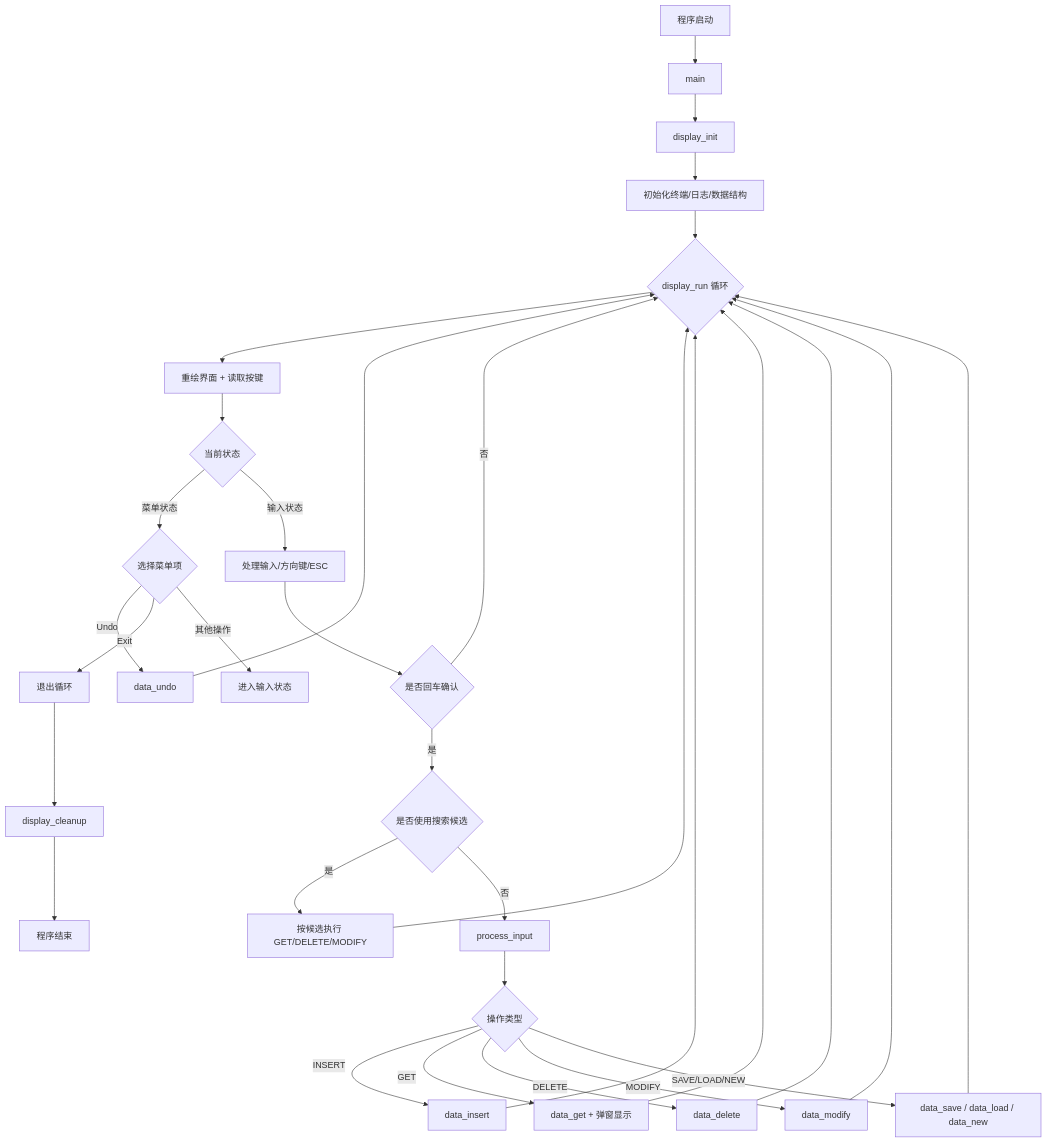
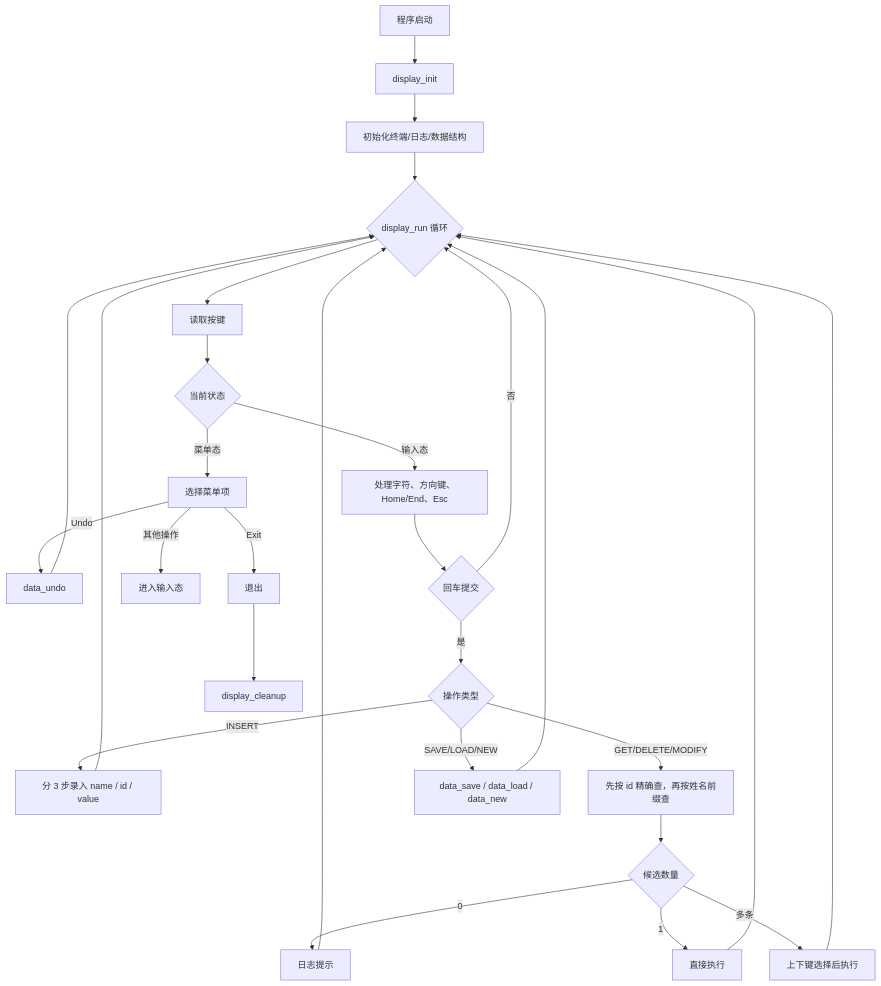
The second of 2 diagrams in README.md (ltdq/Homework), drawn with Mermaid before and after one commit. The commit also changed other lines of this file and 13 other files, not shown here.

````diff
--- a/README.md
+++ b/README.md
@@ -46,40 +61,36 @@
 ```mermaid
 flowchart TD
-	A[程序启动] --> B[main]
-	B --> C[display_init]
-	C --> C1[初始化终端/日志/数据结构]
-	C1 --> D{display_run 循环}
+	A[程序启动] --> B[display_init]
+	B --> C[初始化终端/日志/数据结构]
+	C --> D{display_run 循环}
 
-	D --> E[重绘界面 + 读取按键]
+	D --> E[读取按键]
 	E --> F{当前状态}
 
-	F -->|菜单状态| G{选择菜单项}
+	F -->|菜单态| G[选择菜单项]
 	G -->|Undo| G1[data_undo]
-	G -->|Exit| Z[退出循环]
-	G -->|其他操作| H[进入输入状态]
+	G -->|Exit| Z[退出]
+	G -->|其他操作| H[进入输入态]
 
-	F -->|输入状态| I[处理输入/方向键/ESC]
-	I --> J{是否回车确认}
+	F -->|输入态| I[处理字符、方向键、Home/End、Esc]
+	I --> J{回车提交}
 	J -->|否| D
-	J -->|是| K{是否使用搜索候选}
-	K -->|是| L[按候选执行 GET/DELETE/MODIFY]
-	K -->|否| M[process_input]
+	J -->|是| K{操作类型}
 
-	M --> N{操作类型}
-	N -->|INSERT| N1[data_insert]
-	N -->|GET| N2[data_get + 弹窗显示]
-	N -->|DELETE| N3[data_delete]
-	N -->|MODIFY| N4[data_modify]
-	N -->|SAVE/LOAD/NEW| N5[data_save / data_load / data_new]
+	K -->|INSERT| K1[分 3 步录入 name / id / value]
+	K -->|GET/DELETE/MODIFY| K2[先按 id 精确查，再按姓名前缀查]
+	K -->|SAVE/LOAD/NEW| K3[data_save / data_load / data_new]
+
+	K2 --> L{候选数量}
+	L -->|0| L1[日志提示]
+	L -->|1| L2[直接执行]
+	L -->|多条| L3[上下键选择后执行]
 
 	G1 --> D
-	L --> D
-	N1 --> D
-	N2 --> D
-	N3 --> D
-	N4 --> D
-	N5 --> D
-
+	K1 --> D
+	K3 --> D
+	L1 --> D
+	L2 --> D
+	L3 --> D
 	Z --> P[display_cleanup]
-	P --> Q[程序结束]
 ```
````
